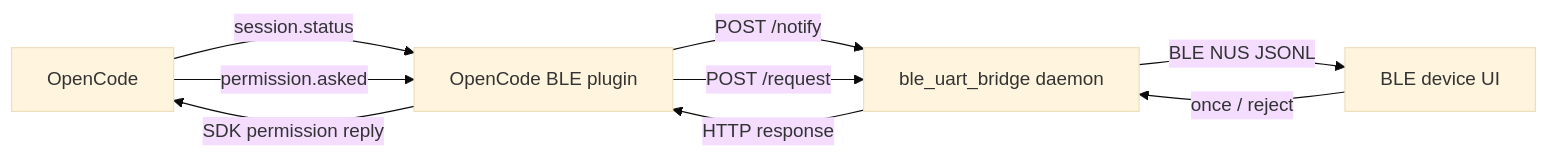
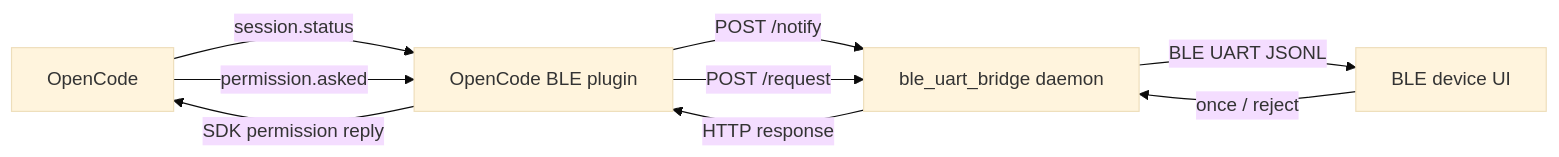
One commit to espressif/esp-idf changed the diagram in tools/ble/ble_uart_bridge/demos/opencode/README.md. Above: the diagram before and after it, drawn with Mermaid (base theme). The commit also changed other lines of this file and 14 other files, not shown here.

Commit message:
feat(bt): add shared ble_uart component and update ble_uart_service/docs

````diff
--- a/tools/ble/ble_uart_bridge/demos/opencode/README.md
+++ b/tools/ble/ble_uart_bridge/demos/opencode/README.md
@@ -39,11 +39,11 @@
 ```mermaid
 flowchart LR
     OC[OpenCode] -->|session.status| Plugin[OpenCode BLE plugin]
     OC -->|permission.asked| Plugin
     Plugin -->|POST /notify| Daemon[ble_uart_bridge daemon]
     Plugin -->|POST /request| Daemon
-    Daemon -->|BLE NUS JSONL| Device[BLE device UI]
+    Daemon -->|BLE UART JSONL| Device[BLE device UI]
     Device -->|once / reject| Daemon
     Daemon -->|HTTP response| Plugin
     Plugin -->|SDK permission reply| OC
 ```
````
